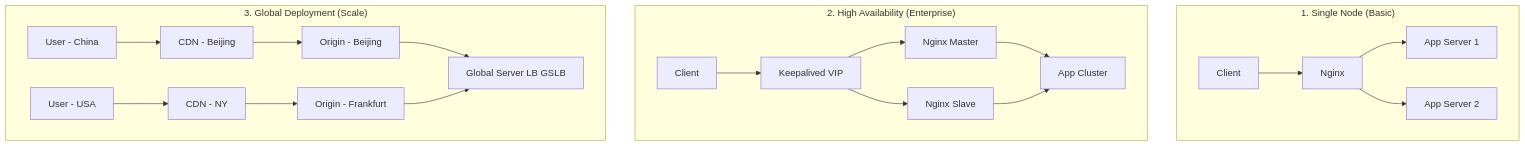
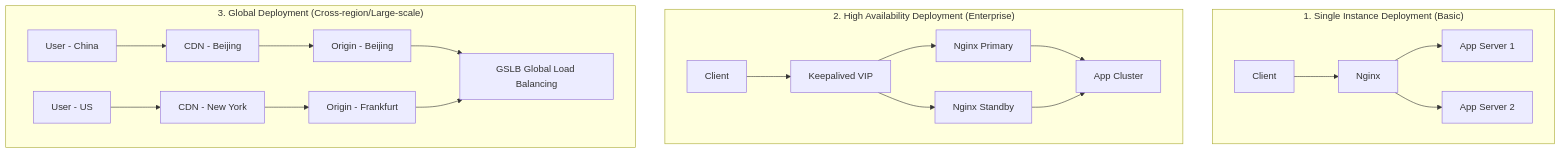
Before and after one commit to zhangshichuan/maxzhang.site: the third of 8 diagrams in articles/en/high-concurrency-system-architecture-guide.mdx, drawn with Mermaid. The commit also changed other lines of this file and 1 other file, not shown here.

Commit message:
docs:  重写 high-concurrency-system-architecture-guide

````diff
--- a/articles/en/high-concurrency-system-architecture-guide.mdx
+++ b/articles/en/high-concurrency-system-architecture-guide.mdx
@@ -495,24 +709,24 @@
 ```mermaid
 flowchart TD
-    subgraph S1 ["1. Single Node (Basic)"]
+    subgraph S1 ["1. Single Instance Deployment (Basic)"]
         A1[Client] --> B1[Nginx]
         B1 --> C1[App Server 1]
         B1 --> D1[App Server 2]
     end
 
-    subgraph S2 ["2. High Availability (Enterprise)"]
+    subgraph S2 ["2. High Availability Deployment (Enterprise)"]
         E2[Client] --> F2[Keepalived VIP]
-        F2 --> G2[Nginx Master]
-        F2 --> H2[Nginx Slave]
+        F2 --> G2[Nginx Primary]
+        F2 --> H2[Nginx Standby]
         G2 --> I2[App Cluster]
         H2 --> I2
     end
 
-    subgraph S3 ["3. Global Deployment (Scale)"]
+    subgraph S3 ["3. Global Deployment (Cross-region/Large-scale)"]
         J3[User - China] --> K3[CDN - Beijing]
-        L3[User - USA] --> M3[CDN - NY]
+        L3[User - US] --> M3[CDN - New York]
         K3 --> N3[Origin - Beijing]
         M3 --> O3[Origin - Frankfurt]
-        N3 & O3 --> P3[Global Server LB GSLB]
+        N3 & O3 --> P3[GSLB Global Load Balancing]
     end
 ```
````
